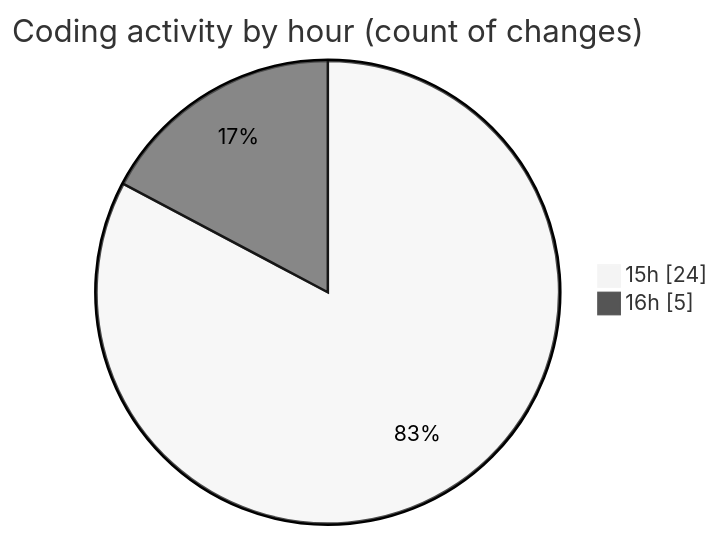
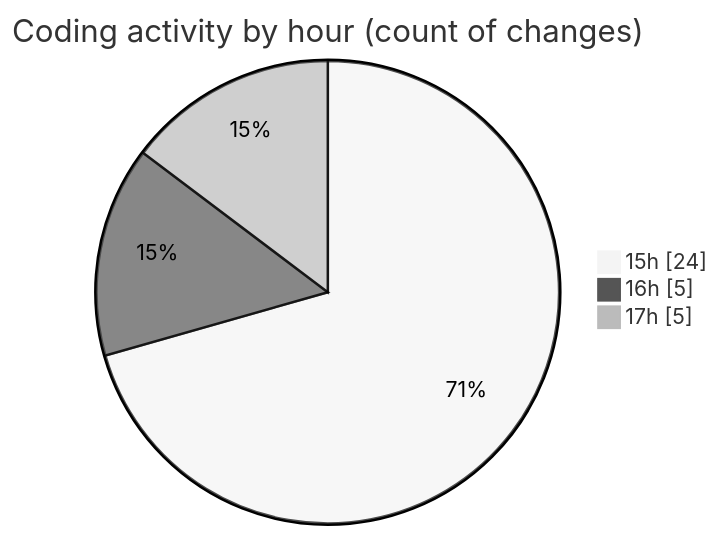
The second of 2 diagrams in 2025-08-02/tw-server/README.md (EIIisD/code-tracking), drawn with Mermaid (neutral theme) before and after one commit. The commit also changed other lines of this file and 1 other file, not shown here.

````diff
--- a/2025-08-02/tw-server/README.md
+++ b/2025-08-02/tw-server/README.md
@@ -29,6 +31,7 @@
 ```mermaid
 pie showData
 title Coding activity by hour (count of changes)
 "15h" : 24
 "16h" : 5
+"17h" : 5
 ```
````
